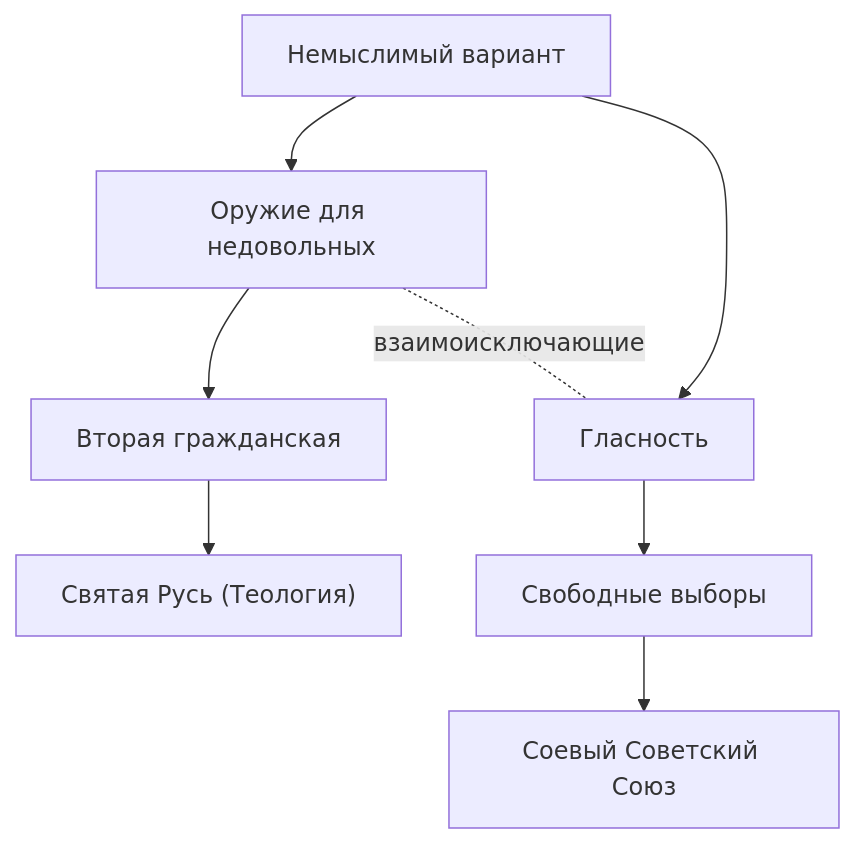
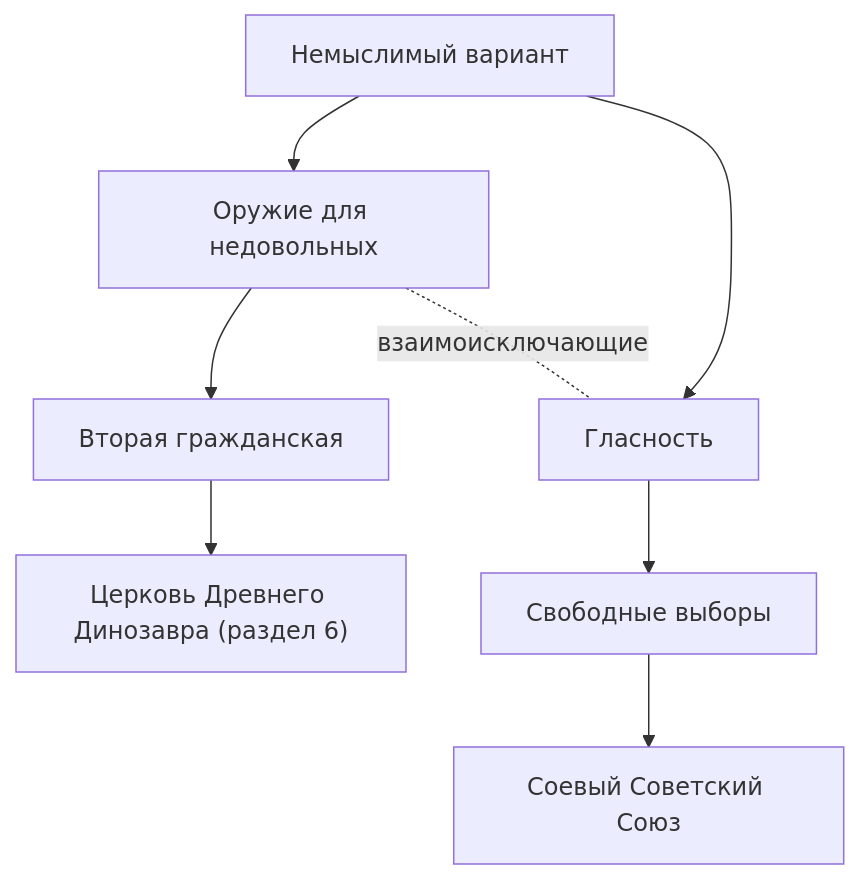
The third of 14 diagrams in docs/focuses/Soviet-Union-Focus-Tree.md (CatShredia/casuality-mod), drawn with Mermaid before and after one commit. The commit also changed other lines of this file and 3 other files, not shown here.

````diff
--- a/docs/focuses/Soviet-Union-Focus-Tree.md
+++ b/docs/focuses/Soviet-Union-Focus-Tree.md
@@ -67,7 +71,7 @@
 ```mermaid
 flowchart TD
     U1["Немыслимый вариант"] --> U2["Оружие для недовольных"] --> U3["Вторая гражданская"]
-    U3 --> U4["Святая Русь (Теология)"]
+    U3 --> U4["Церковь Древнего Динозавра (раздел 6)"]
     U1 --> G1["Гласность"] --> G2["Свободные выборы"] --> G3["Соевый Советский Союз"]
     U2 -. "взаимоисключающие" .- G1
 ```
````
